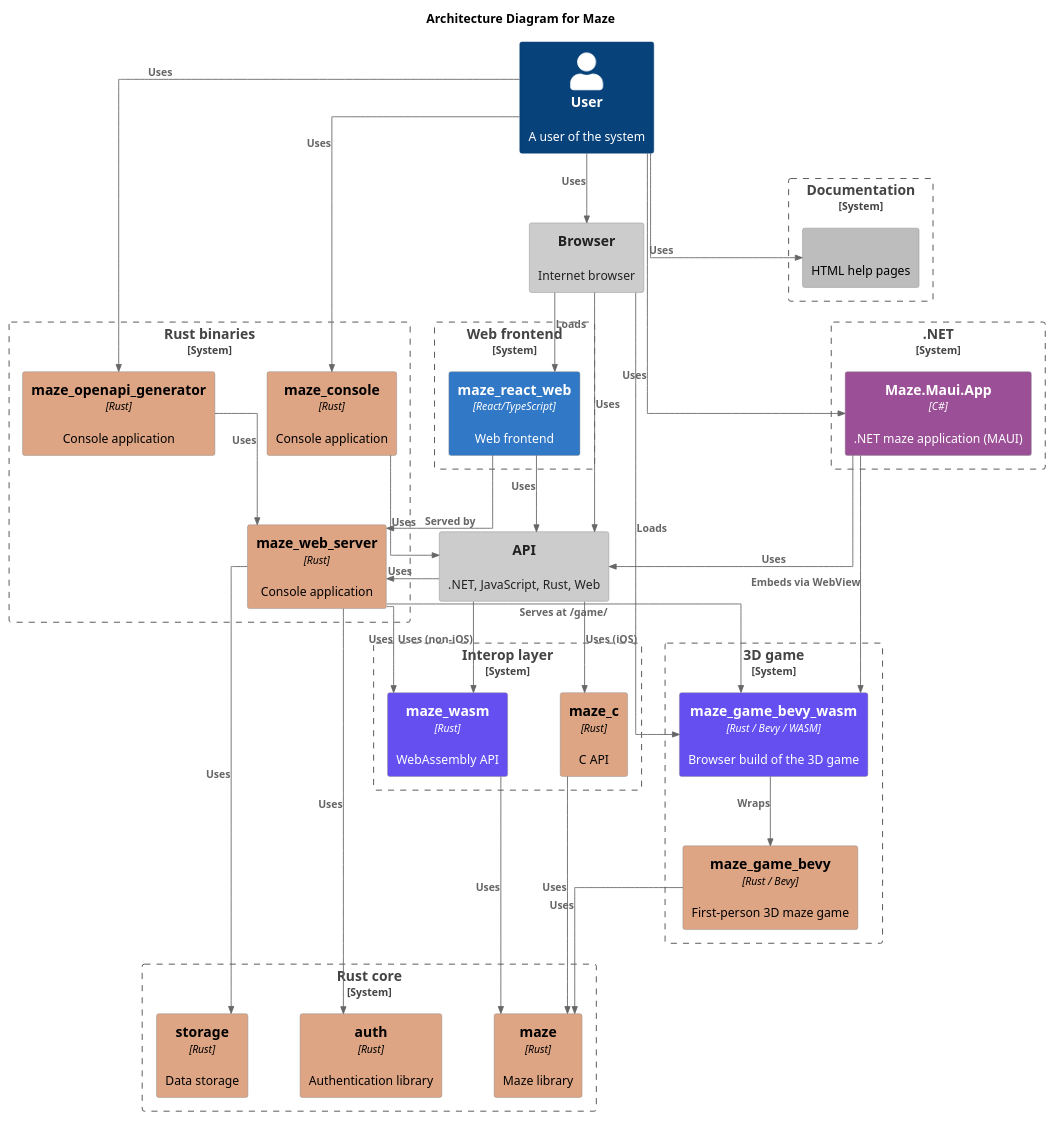
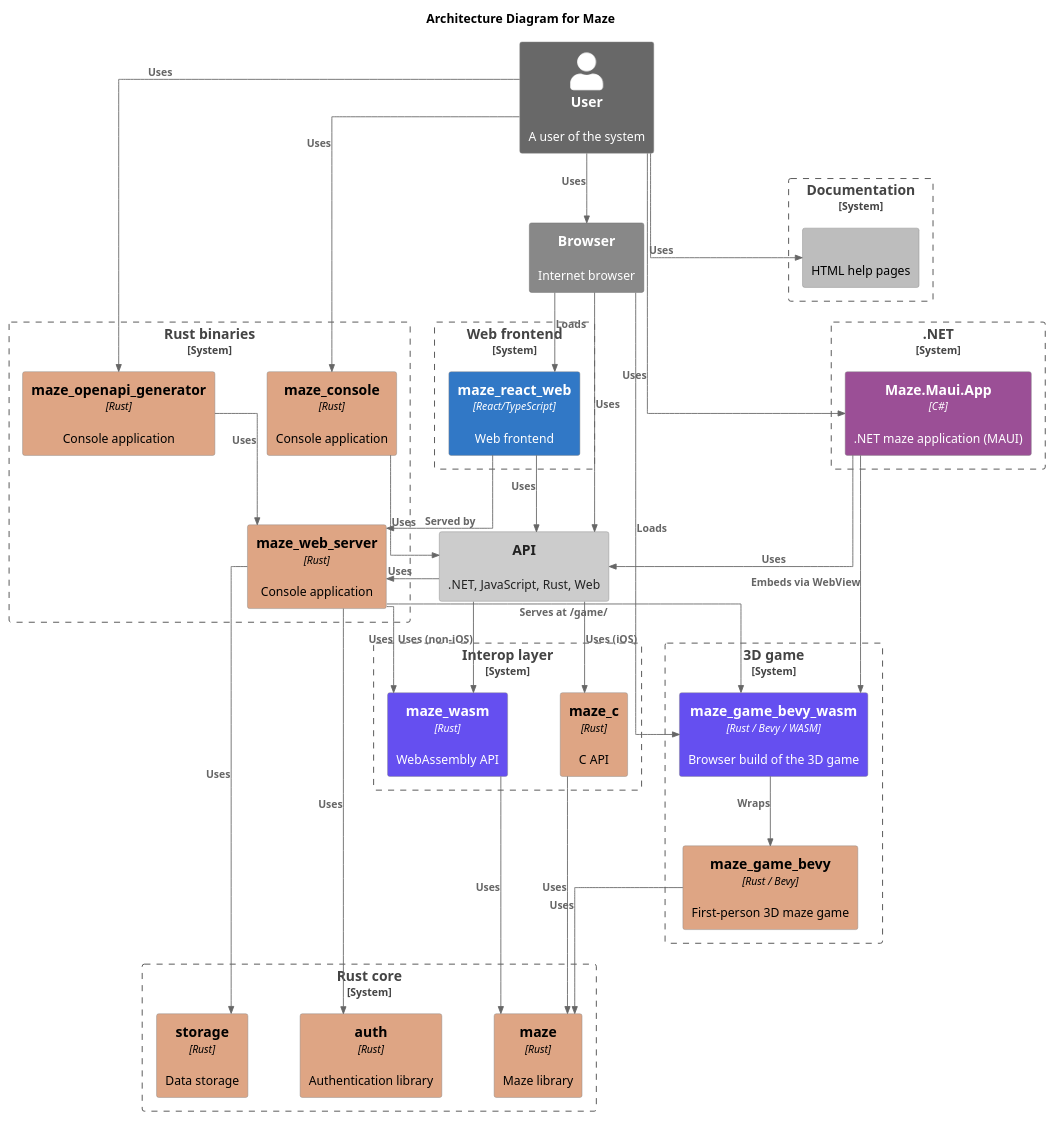
One commit to budgiedownunder/maze changed the diagram in docs/diagrams/architecture.puml. Above: the diagram before and after it, drawn with PlantUML. The commit also changed 1 other file, not shown here.

Commit message:
docs(diagrams): mark User and Browser as external and visually distinguish external from structural greys

```diff
--- a/docs/diagrams/architecture.puml
+++ b/docs/diagrams/architecture.puml
@@ -2,86 +2,87 @@
 @startuml architecture
 
 !include https://raw.githubusercontent.com/plantuml-stdlib/C4-PlantUML/master/C4_Container.puml
 
 LAYOUT_TOP_DOWN()
 HIDE_STEREOTYPE()
 skinparam linetype ortho
 skinparam nodesep 60
 skinparam ranksep 80
 
 UpdateElementStyle("container", $bgColor="#cccccc", $fontColor="#222222", $borderColor="#888888")
+UpdateElementStyle("external_container", $bgColor="#888888", $fontColor="#ffffff", $borderColor="#666666")
 
 AddElementTag("rust",   $bgColor="#dea584", $fontColor="#000000", $legendText="Rust")
 AddElementTag("csharp", $bgColor="#9b4f96", $fontColor="#ffffff", $legendText="C# / .NET")
 AddElementTag("ts",     $bgColor="#3178c6", $fontColor="#ffffff", $legendText="TypeScript / React")
 AddElementTag("wasm",   $bgColor="#654ff0", $fontColor="#ffffff", $legendText="WebAssembly")
 AddElementTag("doc",    $bgColor="#bdbdbd", $fontColor="#000000", $legendText="Documentation")
 
 title Architecture Diagram for Maze
 
-Person(user, "User", "A user of the system")
+Person_Ext(user, "User", "A user of the system")
 
-Container(browser, "Browser", "", "Internet browser")
+Container_Ext(browser, "Browser", "", "Internet browser")
 Container(api, "API", "", ".NET, JavaScript, Rust, Web")
 
 System_Boundary(b_rust_core, "Rust core") {
     Container(maze, "maze", "Rust", "Maze library", $tags="rust")
     Container(auth, "auth", "Rust", "Authentication library", $tags="rust")
     Container(storage, "storage", "Rust", "Data storage", $tags="rust")
 }
 
 System_Boundary(b_rust_bins, "Rust binaries") {
     Container(maze_web_server, "maze_web_server", "Rust", "Console application", $tags="rust")
     Container(maze_console, "maze_console", "Rust", "Console application", $tags="rust")
     Container(maze_openapi_generator, "maze_openapi_generator", "Rust", "Console application", $tags="rust")
 }
 
 System_Boundary(b_interop, "Interop layer") {
     Container(maze_wasm, "maze_wasm", "Rust", "WebAssembly API", $tags="wasm")
     Container(maze_c, "maze_c", "Rust", "C API", $tags="rust")
 }
 
 System_Boundary(b_dotnet, ".NET") {
     Container(maze_maui_app_net, "Maze.Maui.App", "C#", ".NET maze application (MAUI)", $tags="csharp")
 }
 
 System_Boundary(b_web, "Web frontend") {
     Container(maze_react_web, "maze_react_web", "React/TypeScript", "Web frontend", $tags="ts")
 }
 
 System_Boundary(b_game, "3D game") {
     Container(maze_game_bevy, "maze_game_bevy", "Rust / Bevy", "First-person 3D maze game", $tags="rust")
     Container(maze_game_bevy_wasm, "maze_game_bevy_wasm", "Rust / Bevy / WASM", "Browser build of the 3D game", $tags="wasm")
 }
 
 System_Boundary(b_docs, "Documentation") {
     Container(html_help, "", "", "HTML help pages", $tags="doc")
 }
 
 Rel(user, browser, "Uses")
 Rel(maze_react_web, maze_web_server, "Served by")
 Rel(user, html_help, "Uses")
 Rel(user, maze_console, "Uses")
 Rel(user, maze_maui_app_net, "Uses")
 Rel(user, maze_openapi_generator, "Uses")
 Rel(browser, api, "Uses")
 Rel(browser, maze_react_web, "Loads")
 Rel(maze_react_web, api, "Uses")
 Rel(maze_console, api, "Uses")
 Rel(maze_maui_app_net, api, "Uses")
 Rel(maze_openapi_generator, maze_web_server, "Uses")
 Rel(maze_c, maze, "Uses")
 Rel(maze_wasm, maze, "Uses")
 Rel(api, maze_wasm, "Uses (non-iOS)")
 Rel(api, maze_c, "Uses (iOS)")
 Rel(api, maze_web_server, "Uses")
 Rel(maze_web_server, maze_wasm, "Uses")
 Rel(maze_web_server, auth, "Uses")
 Rel(maze_web_server, storage, "Uses")
 Rel(maze_game_bevy, maze, "Uses")
 Rel(maze_game_bevy_wasm, maze_game_bevy, "Wraps")
 Rel(maze_web_server, maze_game_bevy_wasm, "Serves at /game/")
 Rel(browser, maze_game_bevy_wasm, "Loads")
 Rel(maze_maui_app_net, maze_game_bevy_wasm, "Embeds via WebView")
 
 @enduml
```
